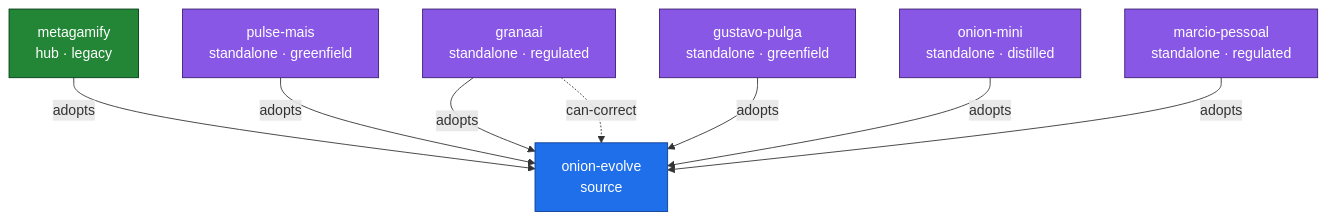
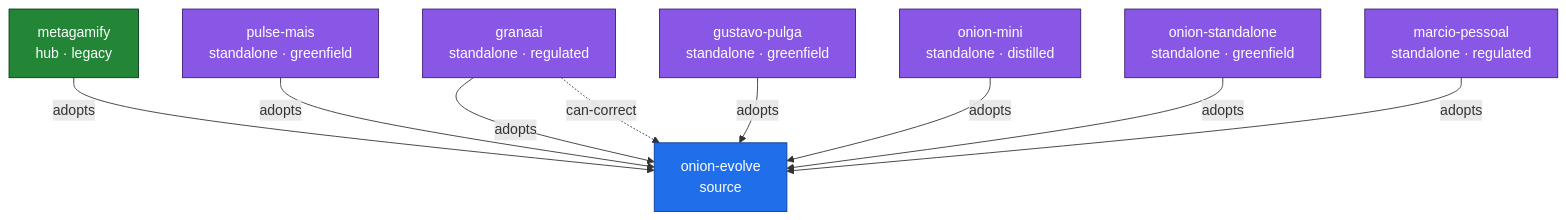
Before and after one commit to marciocar/onion-evolve: the diagram in docs/onion/federation-map.md, drawn with Mermaid. The commit also changed other lines of this file and 4 other files, not shown here.

First line of the commit message:
chore(federation): register onion-standalone door + record birth findings

````diff
--- a/docs/onion/federation-map.md
+++ b/docs/onion/federation-map.md
@@ -6,20 +6,22 @@
 ```mermaid
 flowchart TD
   onion_evolve["onion-evolve<br/>source"]:::source
   metagamify["metagamify<br/>hub · legacy"]:::hub
   pulse_mais["pulse-mais<br/>standalone · greenfield"]:::standalone
   granaai["granaai<br/>standalone · regulated"]:::standalone
   gustavo_pulga["gustavo-pulga<br/>standalone · greenfield"]:::standalone
   onion_mini["onion-mini<br/>standalone · distilled"]:::standalone
+  onion_standalone["onion-standalone<br/>standalone · greenfield"]:::standalone
   marcio_pessoal["marcio-pessoal<br/>standalone · regulated"]:::standalone
   metagamify -->|adopts| onion_evolve
   pulse_mais -->|adopts| onion_evolve
   granaai -->|adopts| onion_evolve
   granaai -.->|can-correct| onion_evolve
   gustavo_pulga -->|adopts| onion_evolve
   onion_mini -->|adopts| onion_evolve
+  onion_standalone -->|adopts| onion_evolve
   marcio_pessoal -->|adopts| onion_evolve
   classDef source fill:#1f6feb,color:#fff,stroke:#0b3d91;
   classDef hub fill:#238636,color:#fff,stroke:#033a16;
   classDef standalone fill:#8957e5,color:#fff,stroke:#3c1e70;
 ```
````
